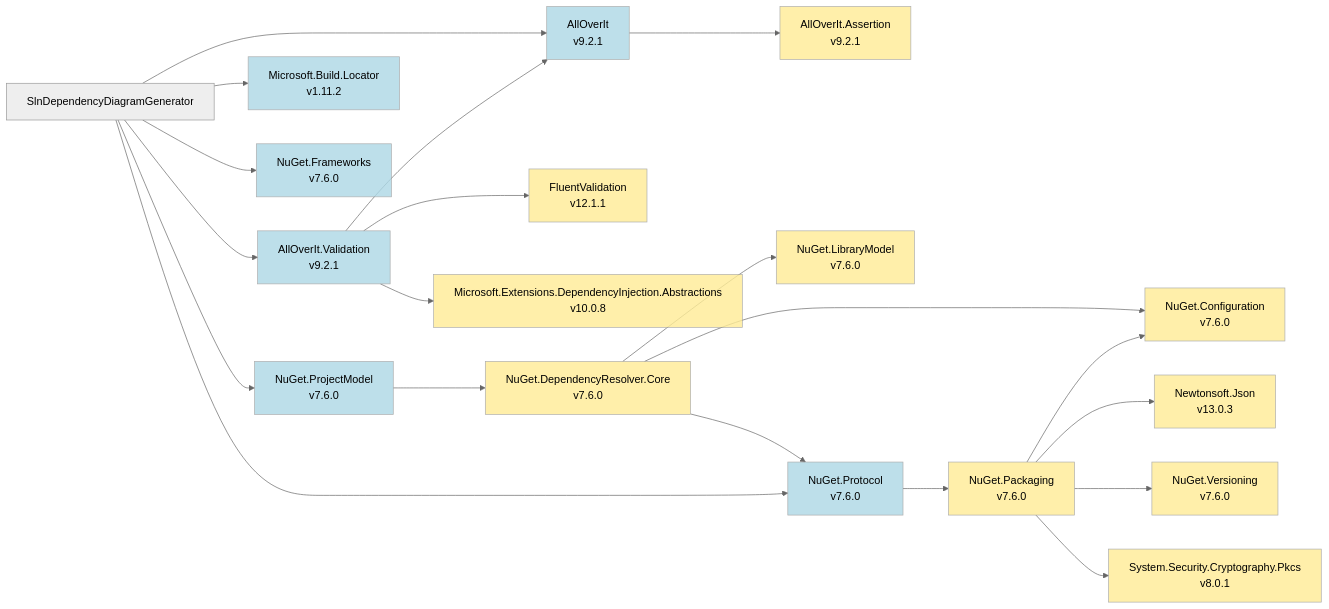
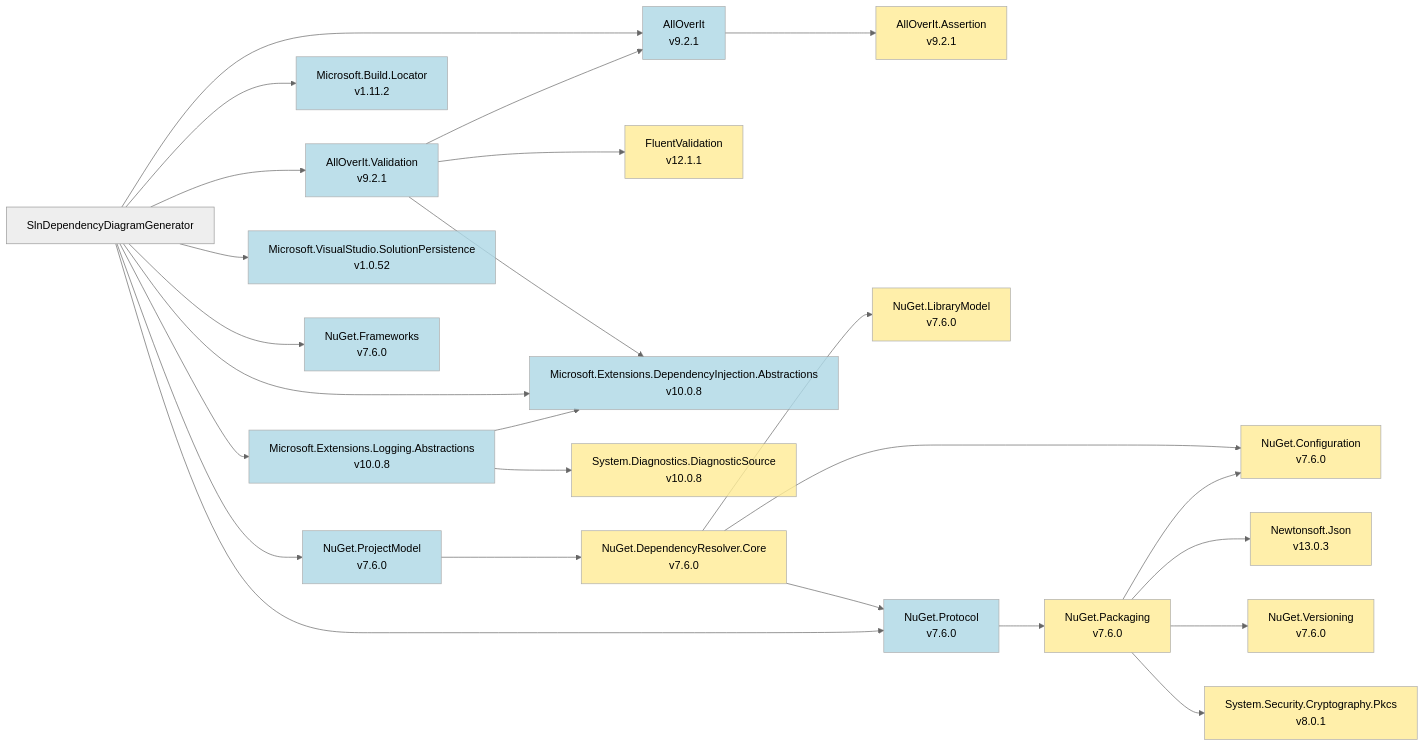
The diagram in Samples/Output/net9.0/mmd/slndependencydiagramgenerator.mmd (mjfreelancing/SlnDependencyDiagramGenerator), drawn with Mermaid (neutral theme) before and after one commit. The commit also changed 81 other files, not shown here.

Commit message:
Sample project cleanup and diagram re-generation

```diff
--- a/Samples/Output/net9.0/mmd/slndependencydiagramgenerator.mmd
+++ b/Samples/Output/net9.0/mmd/slndependencydiagramgenerator.mmd
@@ -1,53 +1,64 @@
 flowchart LR
   slndependencydiagramgenerator["SlnDependencyDiagramGenerator"]
   alloverit_9-2-1["AllOverIt<br>v9.2.1"]
   alloverit-assertion_9-2-1["AllOverIt.Assertion<br>v9.2.1"]
   alloverit-validation_9-2-1["AllOverIt.Validation<br>v9.2.1"]
   fluentvalidation_12-1-1["FluentValidation<br>v12.1.1"]
   microsoft-extensions-dependencyinjection-abstractions_10-0-8["Microsoft.Extensions.DependencyInjection.Abstractions<br>v10.0.8"]
   microsoft-build-locator_1-11-2["Microsoft.Build.Locator<br>v1.11.2"]
+  microsoft-extensions-logging-abstractions_10-0-8["Microsoft.Extensions.Logging.Abstractions<br>v10.0.8"]
+  system-diagnostics-diagnosticsource_10-0-8["System.Diagnostics.DiagnosticSource<br>v10.0.8"]
+  microsoft-visualstudio-solutionpersistence_1-0-52["Microsoft.VisualStudio.SolutionPersistence<br>v1.0.52"]
   nuget-frameworks_7-6-0["NuGet.Frameworks<br>v7.6.0"]
   nuget-projectmodel_7-6-0["NuGet.ProjectModel<br>v7.6.0"]
   nuget-dependencyresolver-core_7-6-0["NuGet.DependencyResolver.Core<br>v7.6.0"]
   nuget-configuration_7-6-0["NuGet.Configuration<br>v7.6.0"]
   nuget-librarymodel_7-6-0["NuGet.LibraryModel<br>v7.6.0"]
   nuget-protocol_7-6-0["NuGet.Protocol<br>v7.6.0"]
   nuget-packaging_7-6-0["NuGet.Packaging<br>v7.6.0"]
   newtonsoft-json_13-0-3["Newtonsoft.Json<br>v13.0.3"]
   nuget-versioning_7-6-0["NuGet.Versioning<br>v7.6.0"]
   system-security-cryptography-pkcs_8-0-1["System.Security.Cryptography.Pkcs<br>v8.0.1"]
   slndependencydiagramgenerator --> alloverit_9-2-1
   alloverit_9-2-1 --> alloverit-assertion_9-2-1
   slndependencydiagramgenerator --> alloverit-validation_9-2-1
   alloverit-validation_9-2-1 --> alloverit_9-2-1
   alloverit-validation_9-2-1 --> fluentvalidation_12-1-1
   alloverit-validation_9-2-1 --> microsoft-extensions-dependencyinjection-abstractions_10-0-8
   slndependencydiagramgenerator --> microsoft-build-locator_1-11-2
+  slndependencydiagramgenerator --> microsoft-extensions-dependencyinjection-abstractions_10-0-8
+  slndependencydiagramgenerator --> microsoft-extensions-logging-abstractions_10-0-8
+  microsoft-extensions-logging-abstractions_10-0-8 --> microsoft-extensions-dependencyinjection-abstractions_10-0-8
+  microsoft-extensions-logging-abstractions_10-0-8 --> system-diagnostics-diagnosticsource_10-0-8
+  slndependencydiagramgenerator --> microsoft-visualstudio-solutionpersistence_1-0-52
   slndependencydiagramgenerator --> nuget-frameworks_7-6-0
   slndependencydiagramgenerator --> nuget-projectmodel_7-6-0
   nuget-projectmodel_7-6-0 --> nuget-dependencyresolver-core_7-6-0
   nuget-dependencyresolver-core_7-6-0 --> nuget-configuration_7-6-0
   nuget-dependencyresolver-core_7-6-0 --> nuget-librarymodel_7-6-0
   nuget-dependencyresolver-core_7-6-0 --> nuget-protocol_7-6-0
   slndependencydiagramgenerator --> nuget-protocol_7-6-0
   nuget-protocol_7-6-0 --> nuget-packaging_7-6-0
   nuget-packaging_7-6-0 --> newtonsoft-json_13-0-3
   nuget-packaging_7-6-0 --> nuget-configuration_7-6-0
   nuget-packaging_7-6-0 --> nuget-versioning_7-6-0
   nuget-packaging_7-6-0 --> system-security-cryptography-pkcs_8-0-1
   style alloverit_9-2-1 fill:#ADD8E6,opacity:0.8
   style alloverit-assertion_9-2-1 fill:#FFEC96,opacity:0.8
   style alloverit-validation_9-2-1 fill:#ADD8E6,opacity:0.8
   style fluentvalidation_12-1-1 fill:#FFEC96,opacity:0.8
-  style microsoft-extensions-dependencyinjection-abstractions_10-0-8 fill:#FFEC96,opacity:0.8
+  style microsoft-extensions-dependencyinjection-abstractions_10-0-8 fill:#ADD8E6,opacity:0.8
   style microsoft-build-locator_1-11-2 fill:#ADD8E6,opacity:0.8
+  style microsoft-extensions-logging-abstractions_10-0-8 fill:#ADD8E6,opacity:0.8
+  style system-diagnostics-diagnosticsource_10-0-8 fill:#FFEC96,opacity:0.8
+  style microsoft-visualstudio-solutionpersistence_1-0-52 fill:#ADD8E6,opacity:0.8
   style nuget-frameworks_7-6-0 fill:#ADD8E6,opacity:0.8
   style nuget-projectmodel_7-6-0 fill:#ADD8E6,opacity:0.8
   style nuget-dependencyresolver-core_7-6-0 fill:#FFEC96,opacity:0.8
   style nuget-configuration_7-6-0 fill:#FFEC96,opacity:0.8
   style nuget-librarymodel_7-6-0 fill:#FFEC96,opacity:0.8
   style nuget-protocol_7-6-0 fill:#ADD8E6,opacity:0.8
   style nuget-packaging_7-6-0 fill:#FFEC96,opacity:0.8
   style newtonsoft-json_13-0-3 fill:#FFEC96,opacity:0.8
   style nuget-versioning_7-6-0 fill:#FFEC96,opacity:0.8
   style system-security-cryptography-pkcs_8-0-1 fill:#FFEC96,opacity:0.8
```
